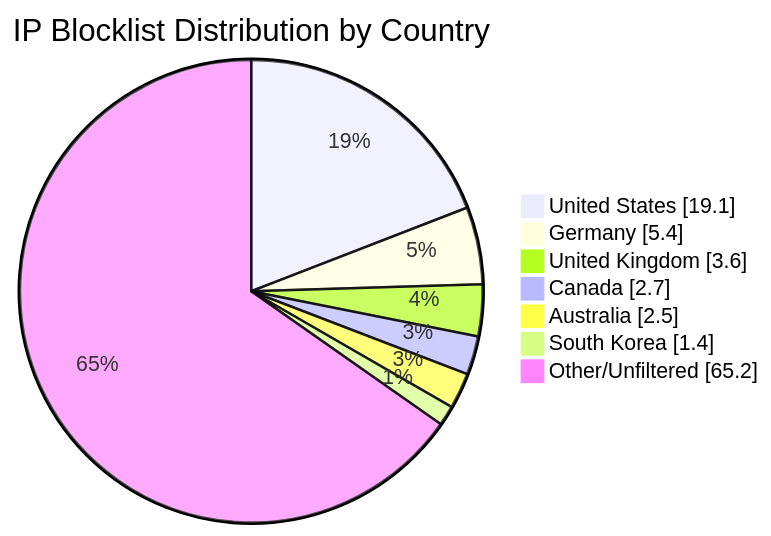
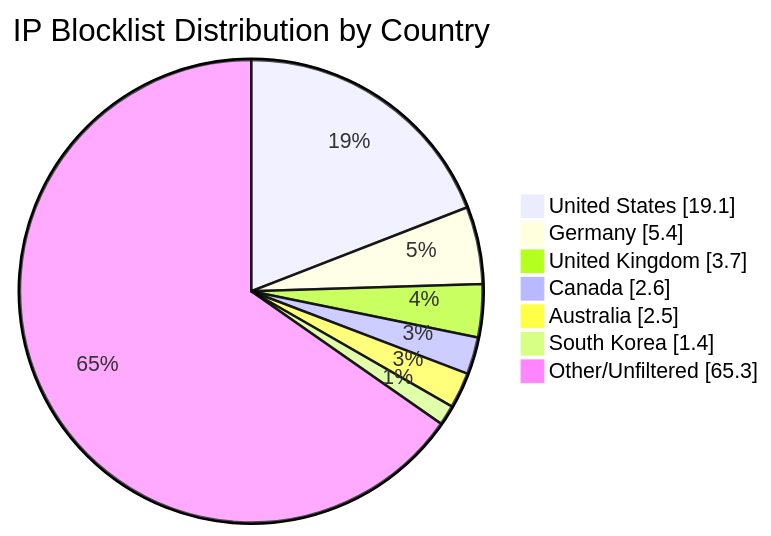
One commit to MarcusHoltz/ipblocklist-geofiltered-aggregator changed the diagram in README.md. Above: the diagram before and after it, drawn with Mermaid. The commit also changed other lines of this file and 9 other files, not shown here.

````diff
--- a/README.md
+++ b/README.md
@@ -34,10 +34,10 @@
 ```mermaid
 pie showData title IP Blocklist Distribution by Country
 "United States" : 19.1
 "Germany" : 5.4
-"United Kingdom" : 3.6
-"Canada" : 2.7
+"United Kingdom" : 3.7
+"Canada" : 2.6
 "Australia" : 2.5
 "South Korea" : 1.4
-"Other/Unfiltered" : 65.2
+"Other/Unfiltered" : 65.3
 ```
````
